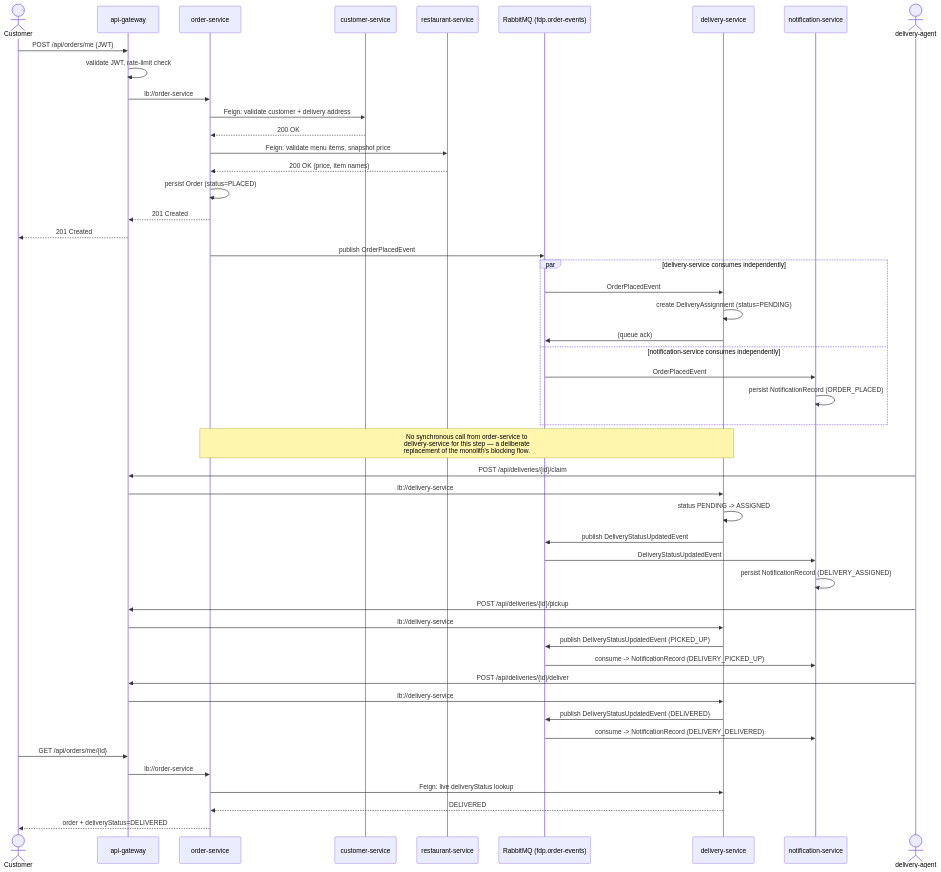
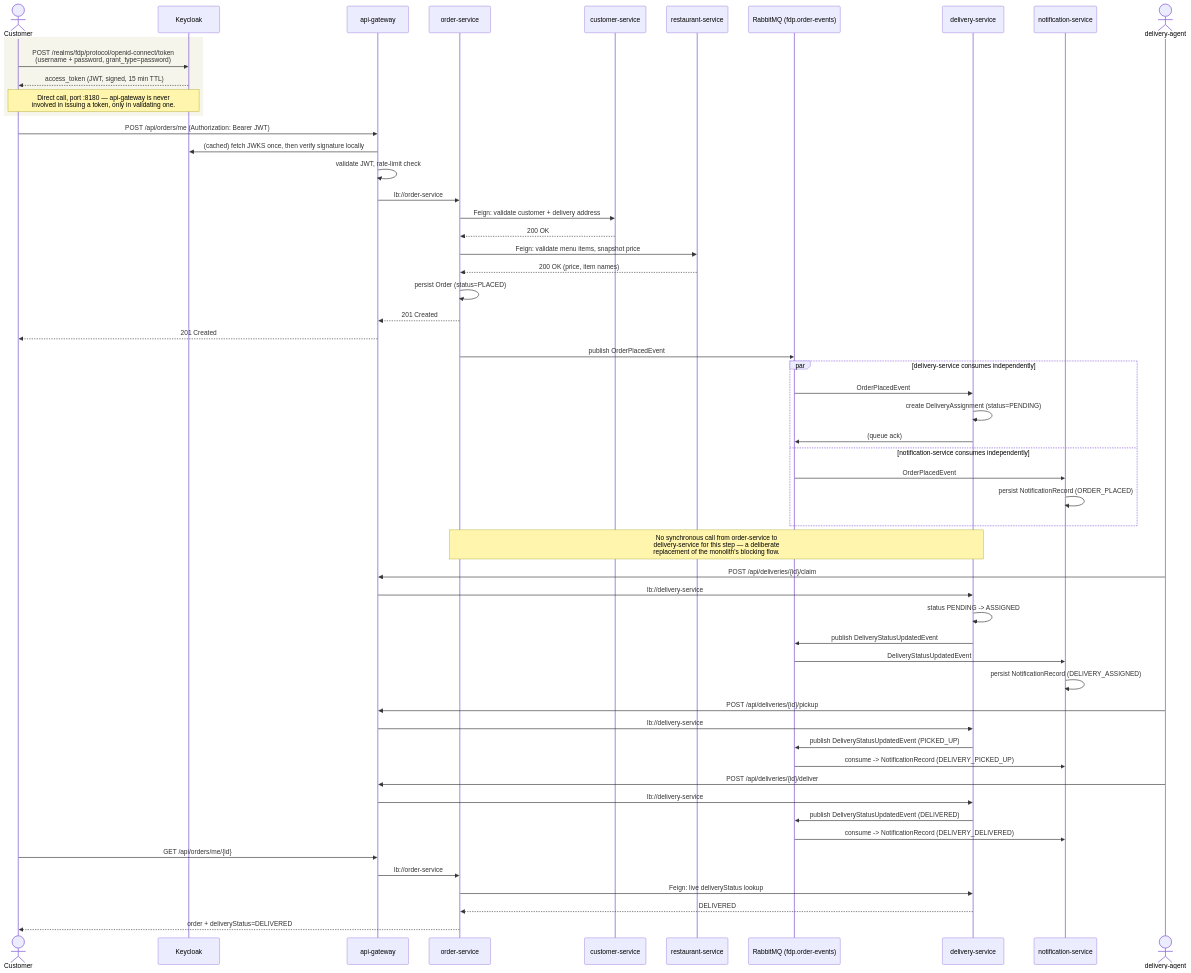
Before and after one commit to jadofils/food-delivery-platform-microservices: the second of 3 diagrams in README.md, drawn with Mermaid. The commit also changed other lines of this file, not shown here.

First line of the commit message:
docs(README): add an operational endpoints reference + fix the login-flow diagrams

````diff
--- a/README.md
+++ b/README.md
@@ -166,58 +178,66 @@
 ```mermaid
 sequenceDiagram
     actor Customer
+    participant KC as Keycloak
     participant GW as api-gateway
     participant OS as order-service
     participant CS as customer-service
     participant RS as restaurant-service
     participant MQ as RabbitMQ (fdp.order-events)
     participant DS as delivery-service
     participant NS as notification-service
     actor Agent as delivery-agent
 
-    Customer->>GW: POST /api/orders/me (JWT)
+    rect rgb(245, 245, 235)
+    Customer->>KC: POST /realms/fdp/protocol/openid-connect/token<br/>(username + password, grant_type=password)
+    KC-->>Customer: access_token (JWT, signed, 15 min TTL)
+    Note over Customer,KC: Direct call, port :8180 — api-gateway is never<br/>involved in issuing a token, only in validating one.
+    end
+
+    Customer->>GW: POST /api/orders/me (Authorization: Bearer JWT)
+    GW->>KC: (cached) fetch JWKS once, then verify signature locally
     GW->>GW: validate JWT, rate-limit check
     GW->>OS: lb://order-service
     OS->>CS: Feign: validate customer + delivery address
     CS-->>OS: 200 OK
     OS->>RS: Feign: validate menu items, snapshot price
     RS-->>OS: 200 OK (price, item names)
     OS->>OS: persist Order (status=PLACED)
     OS-->>GW: 201 Created
     GW-->>Customer: 201 Created
     OS->>MQ: publish OrderPlacedEvent
 
     par delivery-service consumes independently
         MQ->>DS: OrderPlacedEvent
         DS->>DS: create DeliveryAssignment (status=PENDING)
         DS->>MQ: (queue ack)
     and notification-service consumes independently
         MQ->>NS: OrderPlacedEvent
         NS->>NS: persist NotificationRecord (ORDER_PLACED)
     end
 
     Note over OS,DS: No synchronous call from order-service to<br/>delivery-service for this step — a deliberate<br/>replacement of the monolith's blocking flow.
 
     Agent->>GW: POST /api/deliveries/{id}/claim
     GW->>DS: lb://delivery-service
     DS->>DS: status PENDING -> ASSIGNED
     DS->>MQ: publish DeliveryStatusUpdatedEvent
     MQ->>NS: DeliveryStatusUpdatedEvent
     NS->>NS: persist NotificationRecord (DELIVERY_ASSIGNED)
 
     Agent->>GW: POST /api/deliveries/{id}/pickup
     GW->>DS: lb://delivery-service
     DS->>MQ: publish DeliveryStatusUpdatedEvent (PICKED_UP)
     MQ->>NS: consume -> NotificationRecord (DELIVERY_PICKED_UP)
 
     Agent->>GW: POST /api/deliveries/{id}/deliver
     GW->>DS: lb://delivery-service
     DS->>MQ: publish DeliveryStatusUpdatedEvent (DELIVERED)
     MQ->>NS: consume -> NotificationRecord (DELIVERY_DELIVERED)
 
     Customer->>GW: GET /api/orders/me/{id}
     GW->>OS: lb://order-service
     OS->>DS: Feign: live deliveryStatus lookup
     DS-->>OS: DELIVERED
     OS-->>Customer: order + deliveryStatus=DELIVERED
 ```
````
